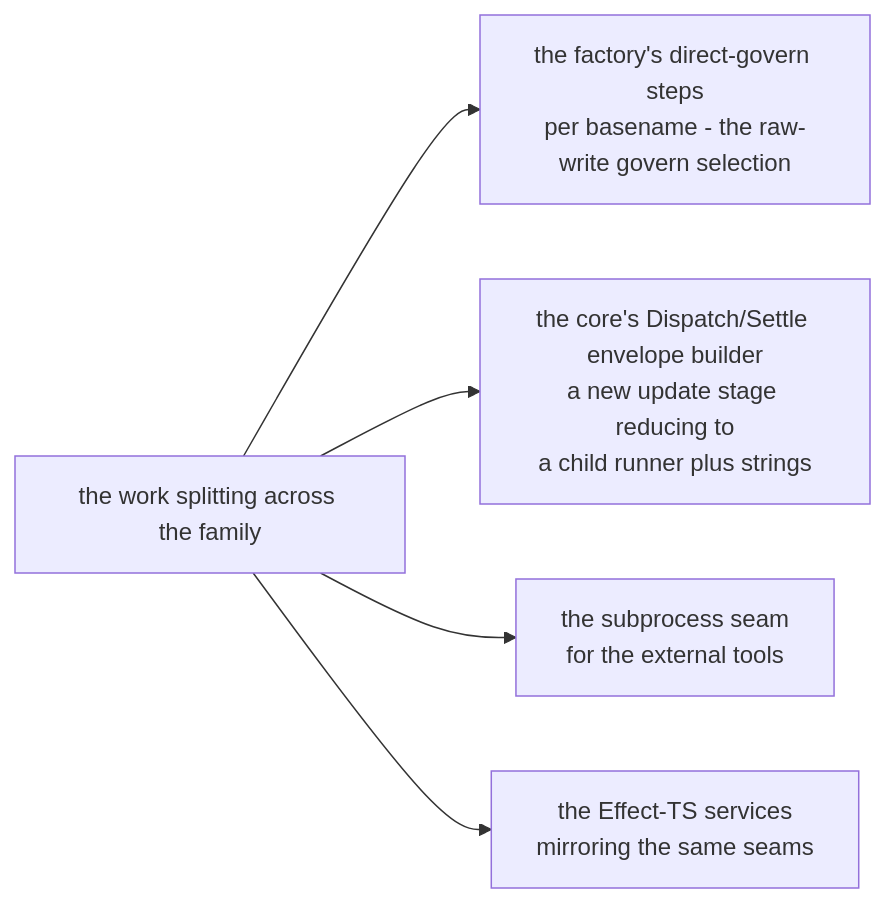
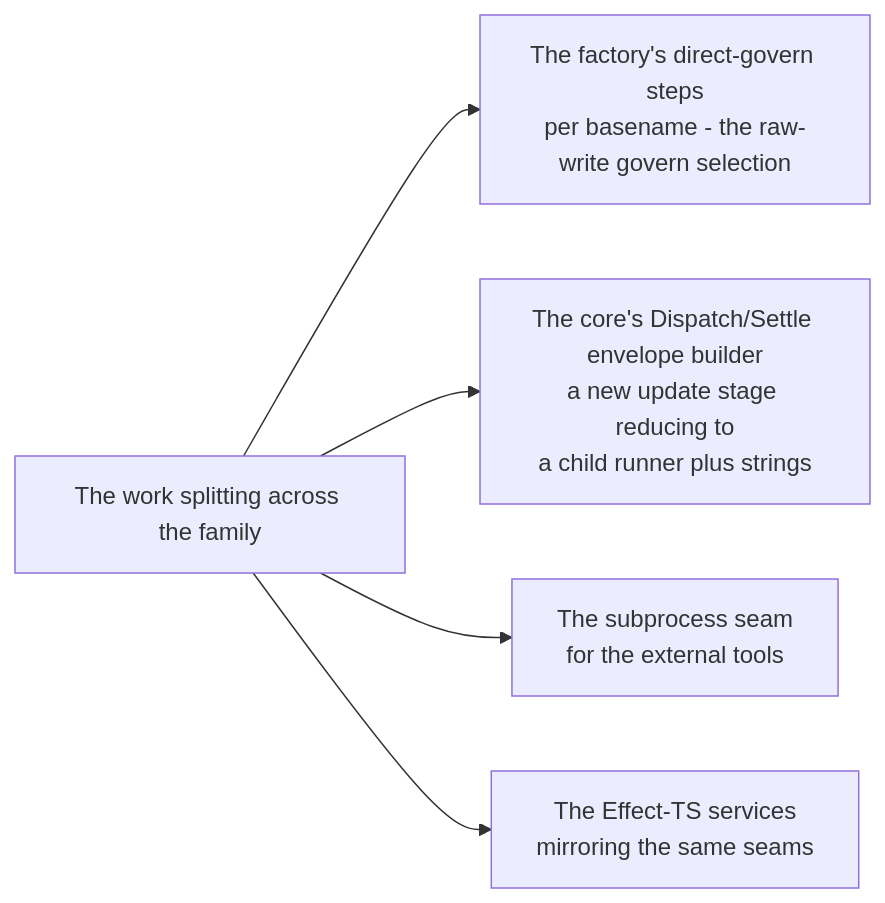
The diagram in Source/Content/Mermaid/plugins-arch-delegations.mmd (PlayForm/Site-DeepSeek), drawn with Mermaid before and after one commit. The commit also changed 136 other files, not shown here.

```diff
--- a/Source/Content/Mermaid/plugins-arch-delegations.mmd
+++ b/Source/Content/Mermaid/plugins-arch-delegations.mmd
@@ -1,10 +1,10 @@
 flowchart LR
-	SPLIT["the work splitting across the family"]
-	D1["the factory's direct-govern steps<br/>per basename - the raw-write govern selection"]
-	D2["the core's Dispatch/Settle envelope builder<br/>a new update stage reducing to<br/>a child runner plus strings"]
-	D3["the subprocess seam<br/>for the external tools"]
-	D4["the Effect-TS services<br/>mirroring the same seams"]
+	SPLIT["The work splitting across the family"]
+	D1["The factory's direct-govern steps<br/>per basename - the raw-write govern selection"]
+	D2["The core's Dispatch/Settle envelope builder<br/>a new update stage reducing to<br/>a child runner plus strings"]
+	D3["The subprocess seam<br/>for the external tools"]
+	D4["The Effect-TS services<br/>mirroring the same seams"]
 	SPLIT --> D1
 	SPLIT --> D2
 	SPLIT --> D3
 	SPLIT --> D4
```
